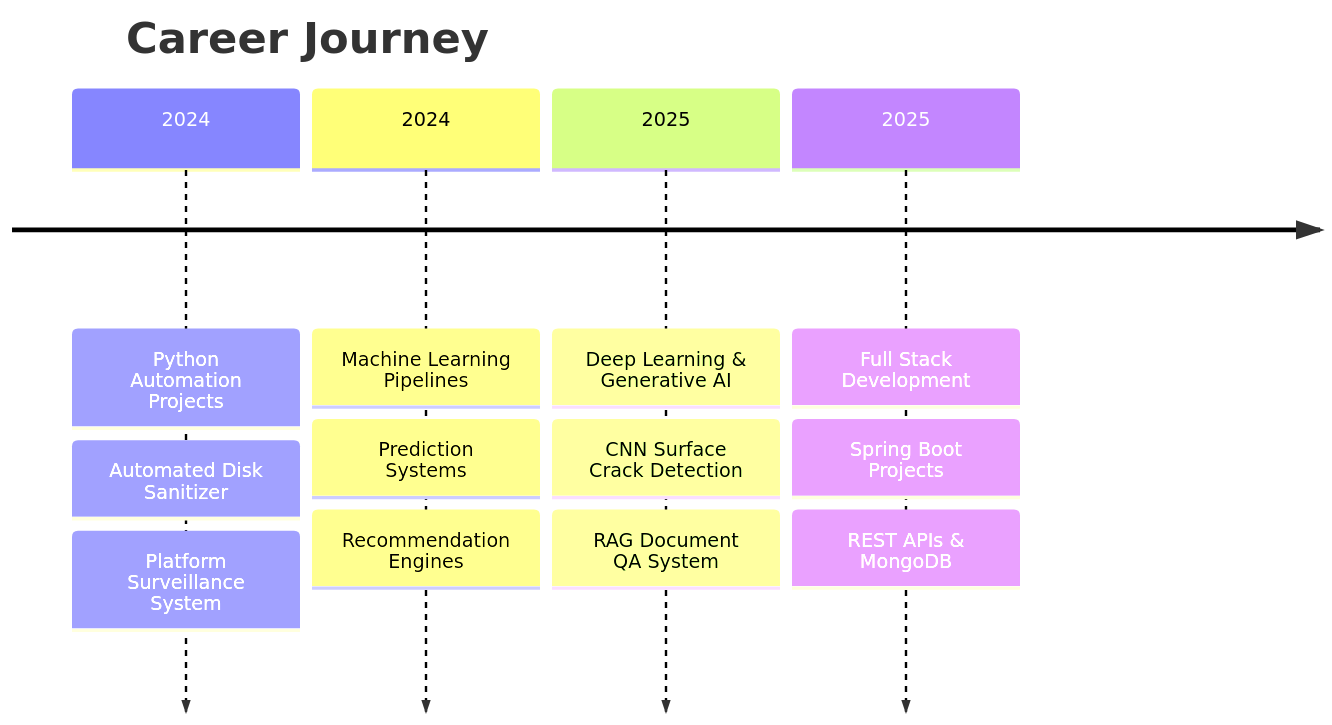
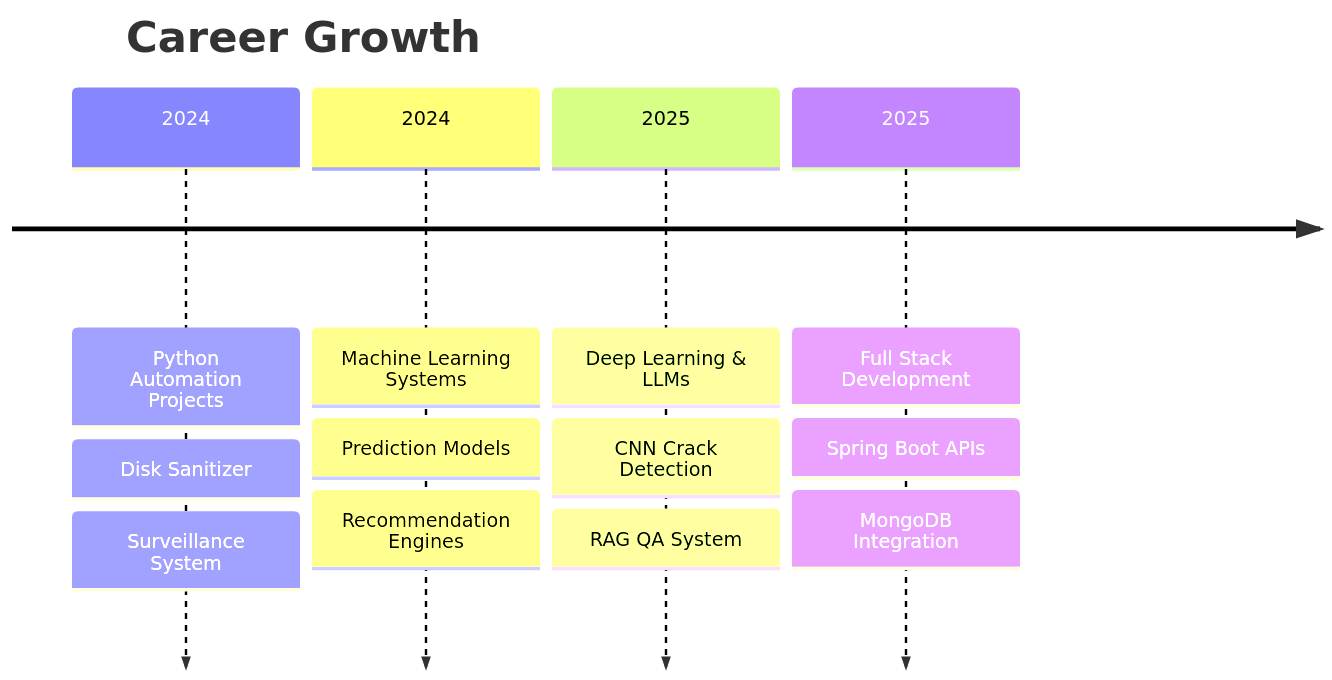
Before and after one commit to theankita/theankita: the second of 2 diagrams in README.md, drawn with Mermaid. The commit also changed other lines of this file, not shown here.

````diff
--- a/README.md
+++ b/README.md
@@ -38,20 +29,20 @@
 ```mermaid
 timeline
-    title Career Journey
+    title Career Growth
 
     2024 : Python Automation Projects
-         : Automated Disk Sanitizer
-         : Platform Surveillance System
+         : Disk Sanitizer
+         : Surveillance System
 
-    2024 : Machine Learning Pipelines
-         : Prediction Systems
+    2024 : Machine Learning Systems
+         : Prediction Models
          : Recommendation Engines
 
-    2025 : Deep Learning & Generative AI
-         : CNN Surface Crack Detection
-         : RAG Document QA System
+    2025 : Deep Learning & LLMs
+         : CNN Crack Detection
+         : RAG QA System
 
     2025 : Full Stack Development
-         : Spring Boot Projects
-         : REST APIs & MongoDB
+         : Spring Boot APIs
+         : MongoDB Integration
 ```
````
